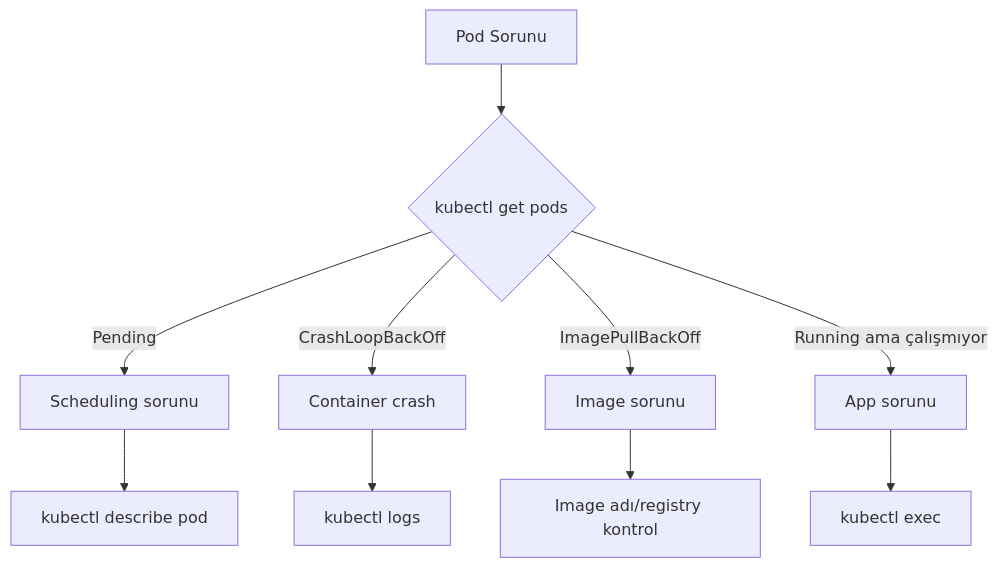
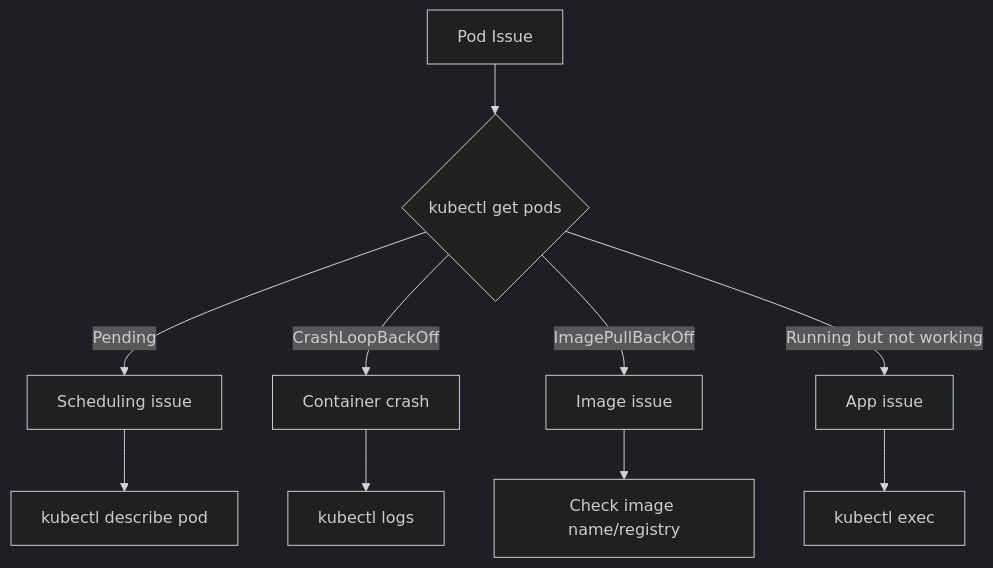
One commit to uzunenes/CKAD changed the diagram in labs/lab-13-debugging.md. Above: the diagram before and after it, drawn with Mermaid. The commit also changed other lines of this file and 15 other files, not shown here.

Commit message:
🌍 Complete English translation - All 17 labs translated with dark mermaid themes

````diff
--- a/labs/lab-13-debugging.md
+++ b/labs/lab-13-debugging.md
@@ -12,13 +12,14 @@
 ```mermaid
+%%{init: {'theme': 'dark'}}%%
 flowchart TD
-    START[Pod Sorunu] --> A{kubectl get pods}
-    A --> |Pending| B[Scheduling sorunu]
+    START[Pod Issue] --> A{kubectl get pods}
+    A --> |Pending| B[Scheduling issue]
     A --> |CrashLoopBackOff| C[Container crash]
-    A --> |ImagePullBackOff| D[Image sorunu]
-    A --> |Running ama çalışmıyor| E[App sorunu]
+    A --> |ImagePullBackOff| D[Image issue]
+    A --> |Running but not working| E[App issue]
     
     B --> B1[kubectl describe pod]
     C --> C1[kubectl logs]
-    D --> D1[Image adı/registry kontrol]
+    D --> D1[Check image name/registry]
     E --> E1[kubectl exec]
 ```
````
